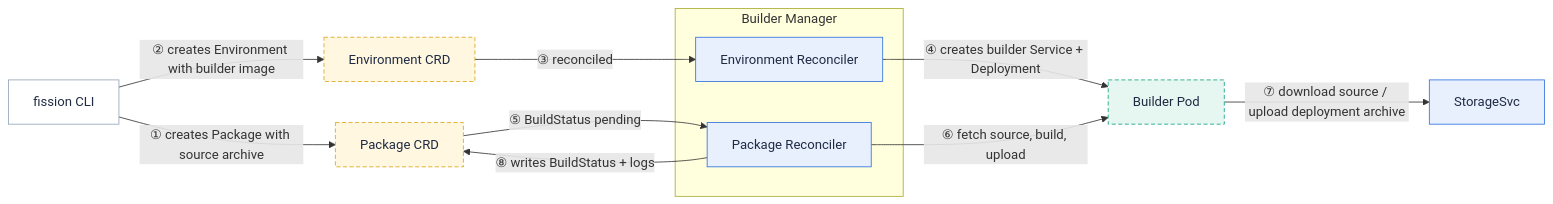
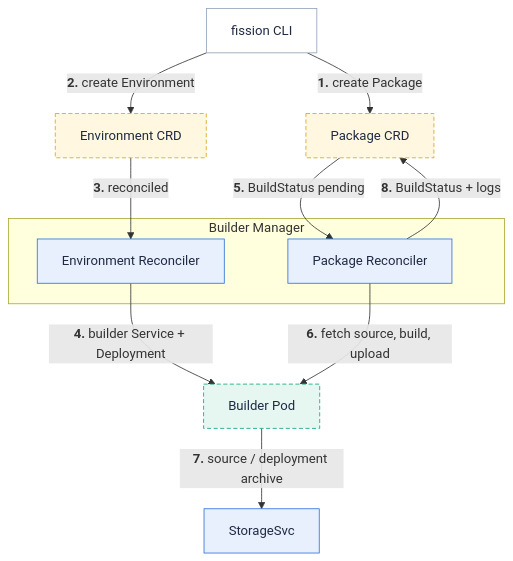
The diagram in content/en/docs/architecture/buildermgr.md (fission/fission.io), drawn with Mermaid before and after one commit. The commit also changed 23 other files, not shown here.

First line of the commit message:
Make diagrams readable inline: compact TB layouts, bold crimson step numbers

````diff
--- a/content/en/docs/architecture/buildermgr.md
+++ b/content/en/docs/architecture/buildermgr.md
@@ -21,19 +21,24 @@
 ```mermaid
-flowchart LR
-  user["fission CLI"]:::user -->|"① creates Package with source archive"| pkg["Package CRD"]:::store
-  user -->|"② creates Environment with builder image"| env["Environment CRD"]:::store
+flowchart TB
+  user["fission CLI"]:::user
+  pkg["Package CRD"]:::store
+  env["Environment CRD"]:::store
   subgraph bm["Builder Manager"]
     envrec["Environment Reconciler"]:::fission
     pkgrec["Package Reconciler"]:::fission
   end
-  env -->|"③ reconciled"| envrec
-  envrec -->|"④ creates builder Service + Deployment"| pod["Builder Pod"]:::pod
-  pkg -->|"⑤ BuildStatus pending"| pkgrec
-  pkgrec -->|"⑥ fetch source, build, upload"| pod
-  pod -->|"⑦ download source / upload deployment archive"| storage["StorageSvc"]:::fission
-  pkgrec -->|"⑧ writes BuildStatus + logs"| pkg
+  pod["Builder Pod"]:::pod
+  storage["StorageSvc"]:::fission
+  user -->|"<b>1.</b> create Package"| pkg
+  user -->|"<b>2.</b> create Environment"| env
+  env -->|"<b>3.</b> reconciled"| envrec
+  envrec -->|"<b>4.</b> builder Service + Deployment"| pod
+  pkg -->|"<b>5.</b> BuildStatus pending"| pkgrec
+  pkgrec -->|"<b>6.</b> fetch source, build, upload"| pod
+  pod -->|"<b>7.</b> source / deployment archive"| storage
+  pkgrec -->|"<b>8.</b> BuildStatus + logs"| pkg
   classDef user fill:#ffffff,stroke:#94a3b8,color:#1f2a43
   classDef fission fill:#e8f0fe,stroke:#2d70de,color:#1f2a43
   classDef pod fill:#e6f7f1,stroke:#11a37f,color:#1f2a43,stroke-dasharray:5 3
   classDef store fill:#fff7e0,stroke:#dba514,color:#1f2a43,stroke-dasharray:5 3
 ```
````
